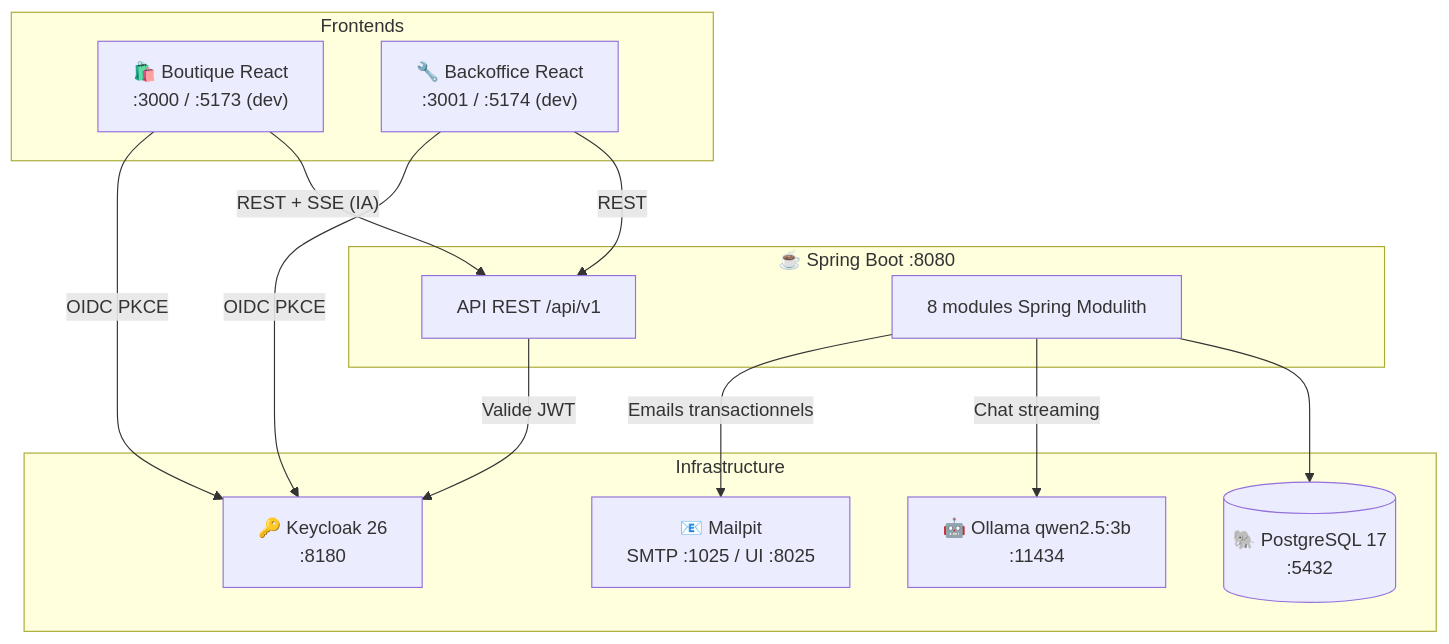
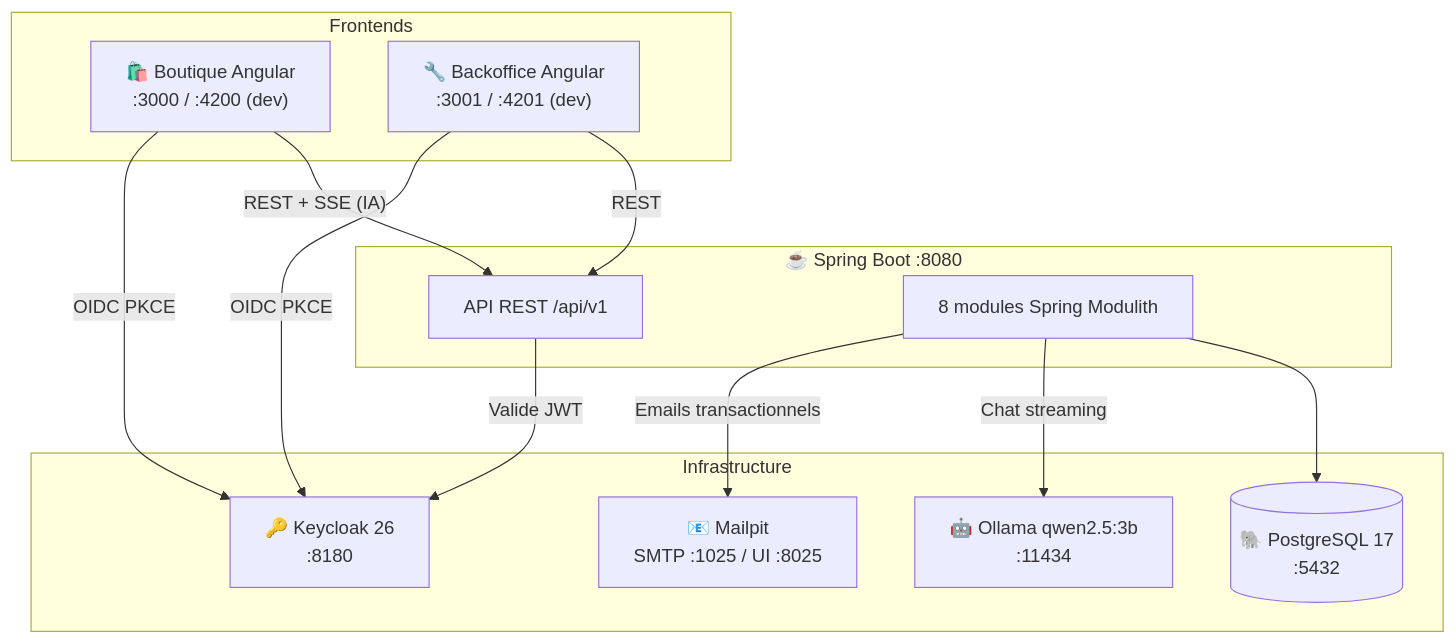
One commit to dbeaumont/macmarket changed the diagram in docs/01-overview.md. Above: the diagram before and after it, drawn with Mermaid. The commit also changed other lines of this file and 8 other files, not shown here.

````diff
--- a/docs/01-overview.md
+++ b/docs/01-overview.md
@@ -18,28 +18,28 @@
 ```mermaid
 graph TB
     subgraph Frontends
-        SHOP["🛍️ Boutique React<br/>:3000 / :5173 (dev)"]
-        ADMIN["🔧 Backoffice React<br/>:3001 / :5174 (dev)"]
+        SHOP["🛍️ Boutique Angular<br/>:3000 / :4200 (dev)"]
+        ADMIN["🔧 Backoffice Angular<br/>:3001 / :4201 (dev)"]
     end
 
     subgraph Backend["☕ Spring Boot :8080"]
         API["API REST /api/v1"]
         MOD["8 modules Spring Modulith"]
     end
 
     subgraph Infrastructure
         PG[("🐘 PostgreSQL 17<br/>:5432")]
         KC["🔑 Keycloak 26<br/>:8180"]
         OLL["🤖 Ollama qwen2.5:3b<br/>:11434"]
         MAIL["📧 Mailpit<br/>SMTP :1025 / UI :8025"]
     end
 
     SHOP -->|"REST + SSE (IA)"| API
     ADMIN -->|REST| API
     SHOP -->|"OIDC PKCE"| KC
     ADMIN -->|"OIDC PKCE"| KC
     API -->|"Valide JWT"| KC
     MOD --> PG
     MOD -->|"Chat streaming"| OLL
     MOD -->|"Emails transactionnels"| MAIL
 ```
````
